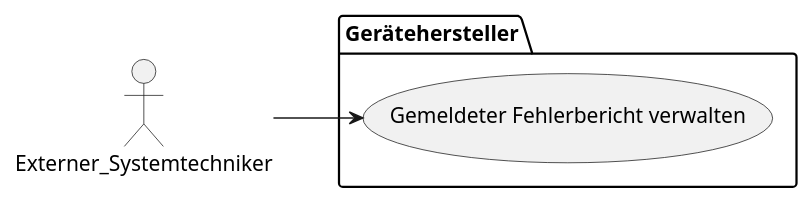
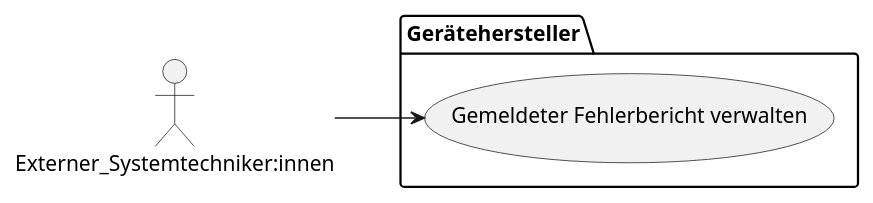
One commit to fh-erfurt/ss23-kba-project changed the fourth of 9 diagrams in docs/2_planning/1_business_use_cases.md. Above: the diagram before and after it, drawn with PlantUML. The commit also changed other lines of this file, not shown here.

````diff
--- a/docs/2_planning/1_business_use_cases.md
+++ b/docs/2_planning/1_business_use_cases.md
@@ -96,11 +96,11 @@
 ```plantuml BUC Geraetehersteller
 @startuml
 left to right direction
-actor Externer_Systemtechniker as es
+actor "Externer_Systemtechniker:innen" as es
 package Gerätehersteller {
   usecase "Gemeldeter Fehlerbericht verwalten" as UC1
 }
 
 es --> UC1
 @enduml
 ```
````
